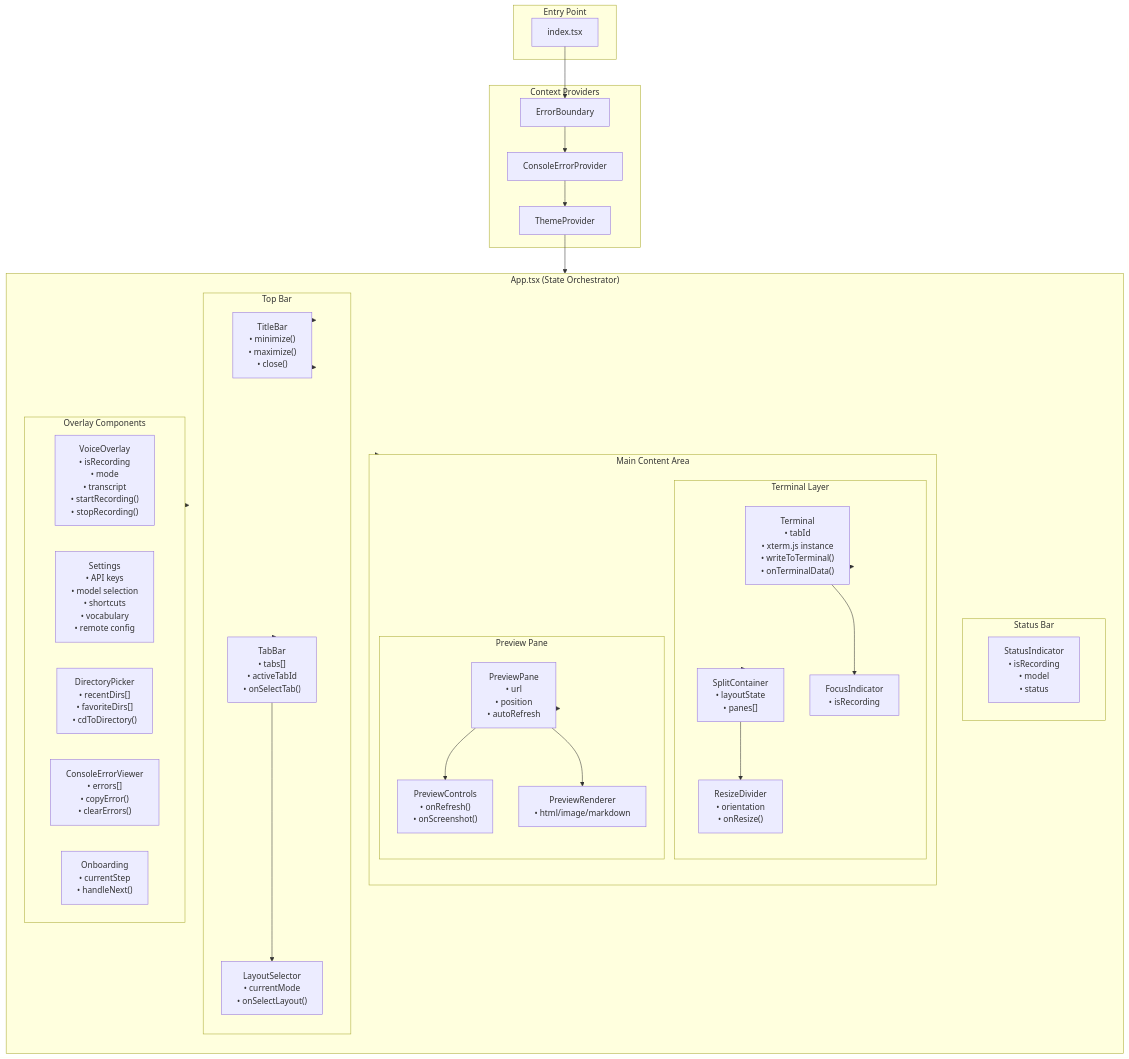
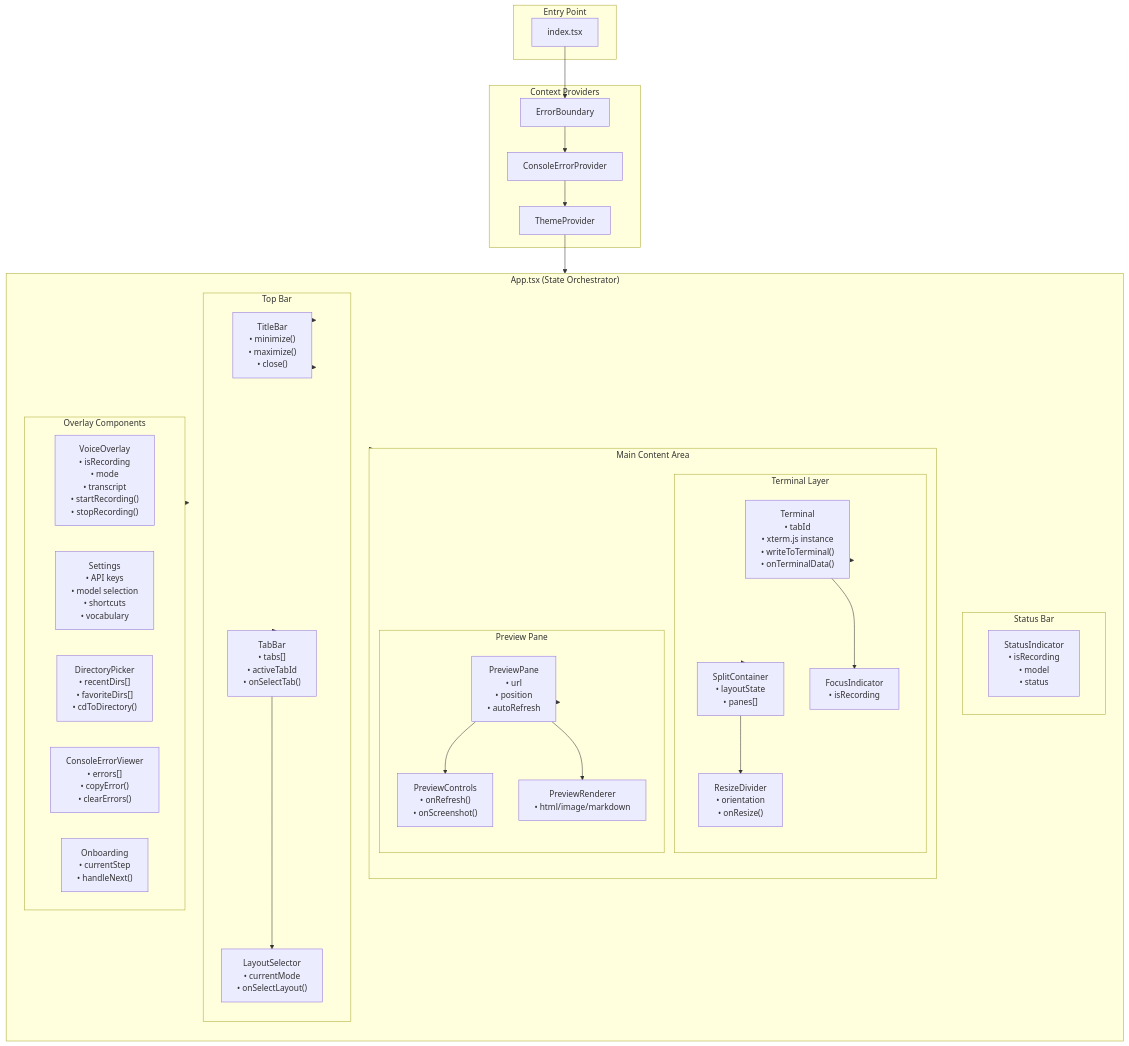
One commit to jamditis/audiobash changed the fourth of 7 diagrams in docs/ARCHITECTURE.md. Above: the diagram before and after it, drawn with Mermaid. The commit also changed other lines of this file and 9 other files, not shown here.

````diff
--- a/docs/ARCHITECTURE.md
+++ b/docs/ARCHITECTURE.md
@@ -497,70 +476,70 @@
 ```mermaid
 flowchart TB
     subgraph Root["Entry Point"]
         Index["index.tsx"]
     end
 
     subgraph Providers["Context Providers"]
         EB["ErrorBoundary"]
         CEP["ConsoleErrorProvider"]
         TP["ThemeProvider"]
     end
 
     subgraph App["App.tsx (State Orchestrator)"]
         direction TB
 
         subgraph TopBar["Top Bar"]
             TitleBar["TitleBar<br/>• minimize()<br/>• maximize()<br/>• close()"]
             TabBar["TabBar<br/>• tabs[]<br/>• activeTabId<br/>• onSelectTab()"]
             LayoutSelector["LayoutSelector<br/>• currentMode<br/>• onSelectLayout()"]
         end
 
         subgraph MainContent["Main Content Area"]
             direction TB
 
             subgraph TerminalArea["Terminal Layer"]
                 Terminal["Terminal<br/>• tabId<br/>• xterm.js instance<br/>• writeToTerminal()<br/>• onTerminalData()"]
                 SplitContainer["SplitContainer<br/>• layoutState<br/>• panes[]"]
                 ResizeDivider["ResizeDivider<br/>• orientation<br/>• onResize()"]
                 FocusIndicator["FocusIndicator<br/>• isRecording"]
             end
 
             subgraph PreviewArea["Preview Pane"]
                 PreviewPane["PreviewPane<br/>• url<br/>• position<br/>• autoRefresh"]
                 PreviewControls["PreviewControls<br/>• onRefresh()<br/>• onScreenshot()"]
                 PreviewRenderer["PreviewRenderer<br/>• html/image/markdown"]
             end
         end
 
         subgraph StatusArea["Status Bar"]
             StatusIndicator["StatusIndicator<br/>• isRecording<br/>• model<br/>• status"]
         end
 
         subgraph Overlays["Overlay Components"]
             VoiceOverlay["VoiceOverlay<br/>• isRecording<br/>• mode<br/>• transcript<br/>• startRecording()<br/>• stopRecording()"]
-            Settings["Settings<br/>• API keys<br/>• model selection<br/>• shortcuts<br/>• vocabulary<br/>• remote config"]
+            Settings["Settings<br/>• API keys<br/>• model selection<br/>• shortcuts<br/>• vocabulary"]
             DirectoryPicker["DirectoryPicker<br/>• recentDirs[]<br/>• favoriteDirs[]<br/>• cdToDirectory()"]
             ConsoleErrorViewer["ConsoleErrorViewer<br/>• errors[]<br/>• copyError()<br/>• clearErrors()"]
             Onboarding["Onboarding<br/>• currentStep<br/>• handleNext()"]
         end
     end
 
     Index --> EB --> CEP --> TP --> App
     App --> TopBar
     App --> MainContent
     App --> StatusArea
     App --> Overlays
 
     TopBar --> TitleBar
     TopBar --> TabBar
     TabBar --> LayoutSelector
 
     TerminalArea --> Terminal
     TerminalArea --> SplitContainer
     SplitContainer --> ResizeDivider
     Terminal --> FocusIndicator
 
     PreviewArea --> PreviewPane
     PreviewPane --> PreviewControls
     PreviewPane --> PreviewRenderer
 ```
````
